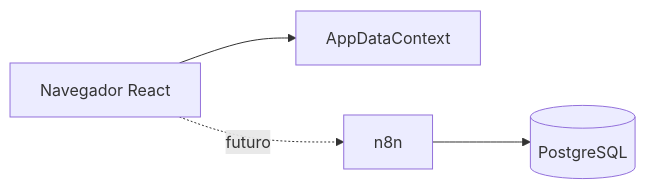
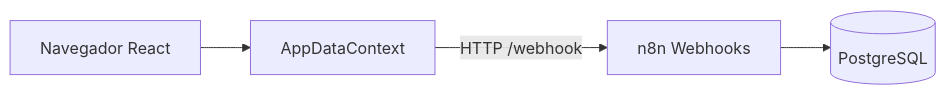
The diagram in README.md (Victorks4/Bold-Support), drawn with Mermaid before and after one commit. The commit also changed other lines of this file and 14 other files, not shown here.

````diff
--- a/README.md
+++ b/README.md
@@ -172,11 +174,11 @@
 ```mermaid
 flowchart LR
   Browser[Navegador React]
-  Mock[AppDataContext]
-  N8N[n8n]
+  Ctx[AppDataContext]
+  N8N[n8n Webhooks]
   DB[(PostgreSQL)]
 
-  Browser --> Mock
-  Browser -.->|futuro| N8N
+  Browser --> Ctx
+  Ctx -->|HTTP /webhook| N8N
   N8N --> DB
 ```
````
